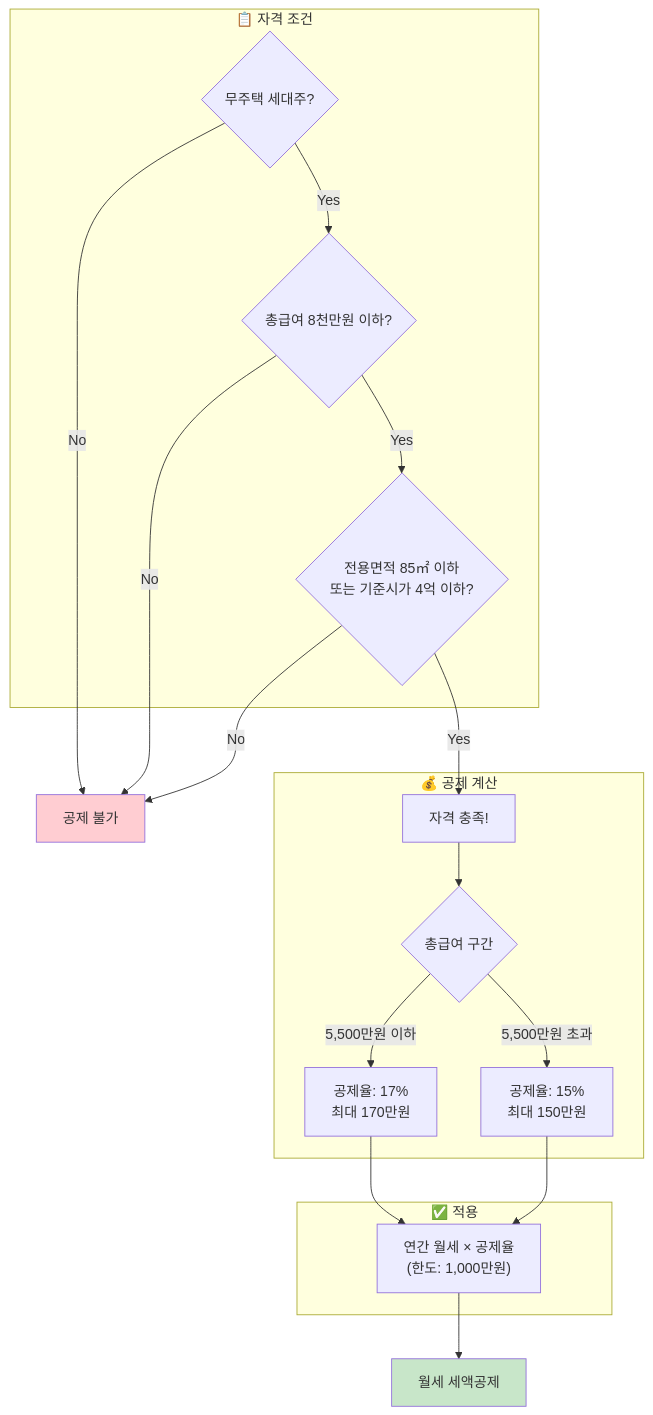
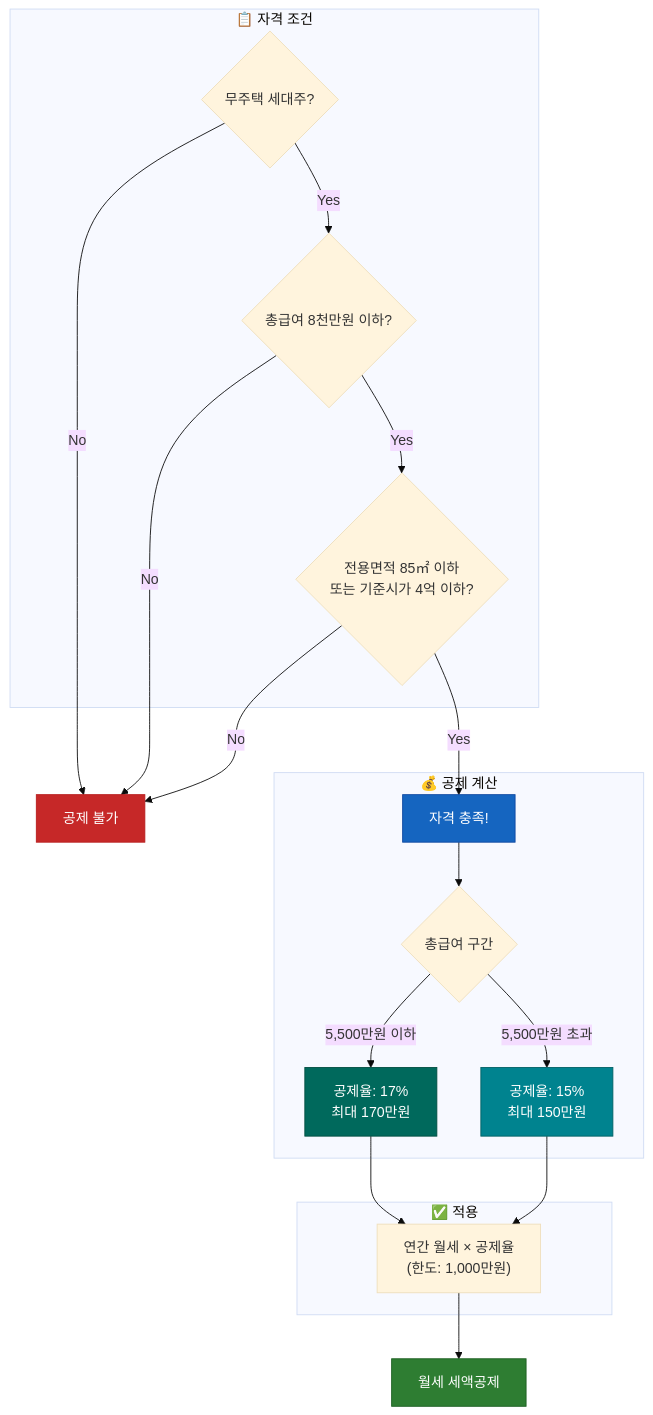
One commit to Z-3000/fina_r changed diagram 16 of 18 in docs/세금로직_플로우차트.md. Above: the diagram before and after it, drawn with Mermaid. The commit also changed other lines of this file, not shown here.

````diff
--- a/docs/세금로직_플로우차트.md
+++ b/docs/세금로직_플로우차트.md
@@ -520,30 +590,34 @@
 ```mermaid
+%%{init: {'theme': 'base'}}%%
 flowchart TD
     subgraph 조건확인["📋 자격 조건"]
         A1{무주택 세대주?}
         A2{총급여 8천만원 이하?}
         A3{전용면적 85㎡ 이하<br/>또는 기준시가 4억 이하?}
     end
 
     A1 -->|No| B1[공제 불가]
     A1 -->|Yes| A2
     A2 -->|No| B1
     A2 -->|Yes| A3
     A3 -->|No| B1
     A3 -->|Yes| C[자격 충족!]
 
     subgraph 공제계산["💰 공제 계산"]
         C --> D{총급여 구간}
         D -->|"5,500만원 이하"| E1["공제율: 17%<br/>최대 170만원"]
         D -->|"5,500만원 초과"| E2["공제율: 15%<br/>최대 150만원"]
     end
 
     subgraph 적용["✅ 적용"]
         F["연간 월세 × 공제율<br/>(한도: 1,000만원)"]
     end
 
     E1 & E2 --> F --> G[월세 세액공제]
 
-    style G fill:#c8e6c9
-    style B1 fill:#ffcdd2
+    style G fill:#2e7d32,stroke:#1b5e20,color:#fff
+    style B1 fill:#c62828,stroke:#b71c1c,color:#fff
+    style C fill:#1565c0,stroke:#0d47a1,color:#fff
+    style E1 fill:#00695c,stroke:#004d40,color:#fff
+    style E2 fill:#00838f,stroke:#006064,color:#fff
 ```
````
